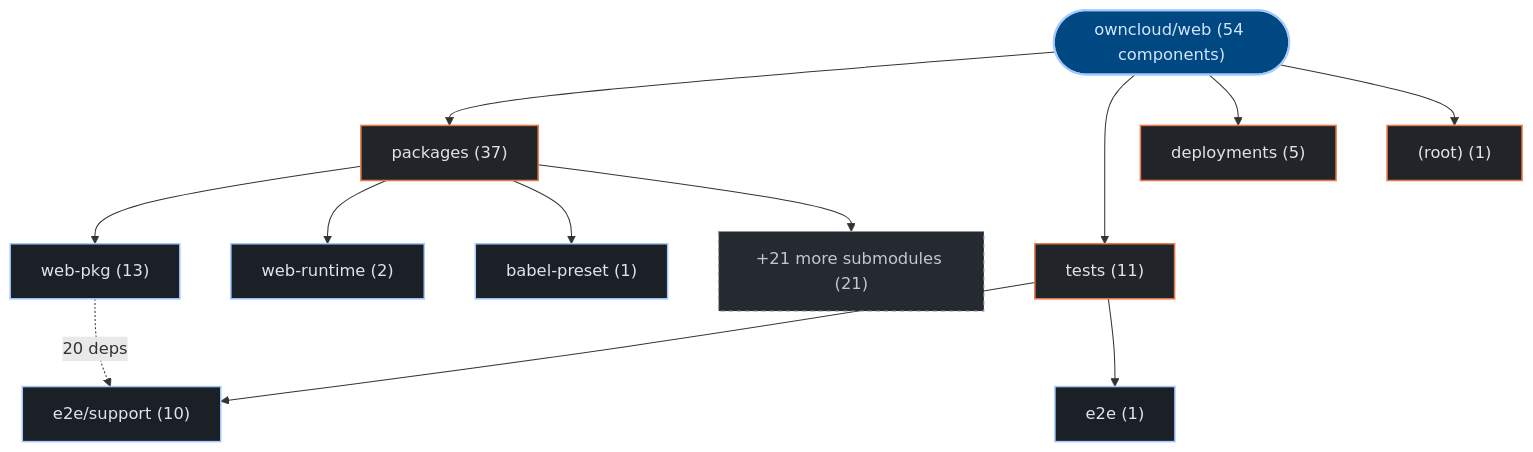
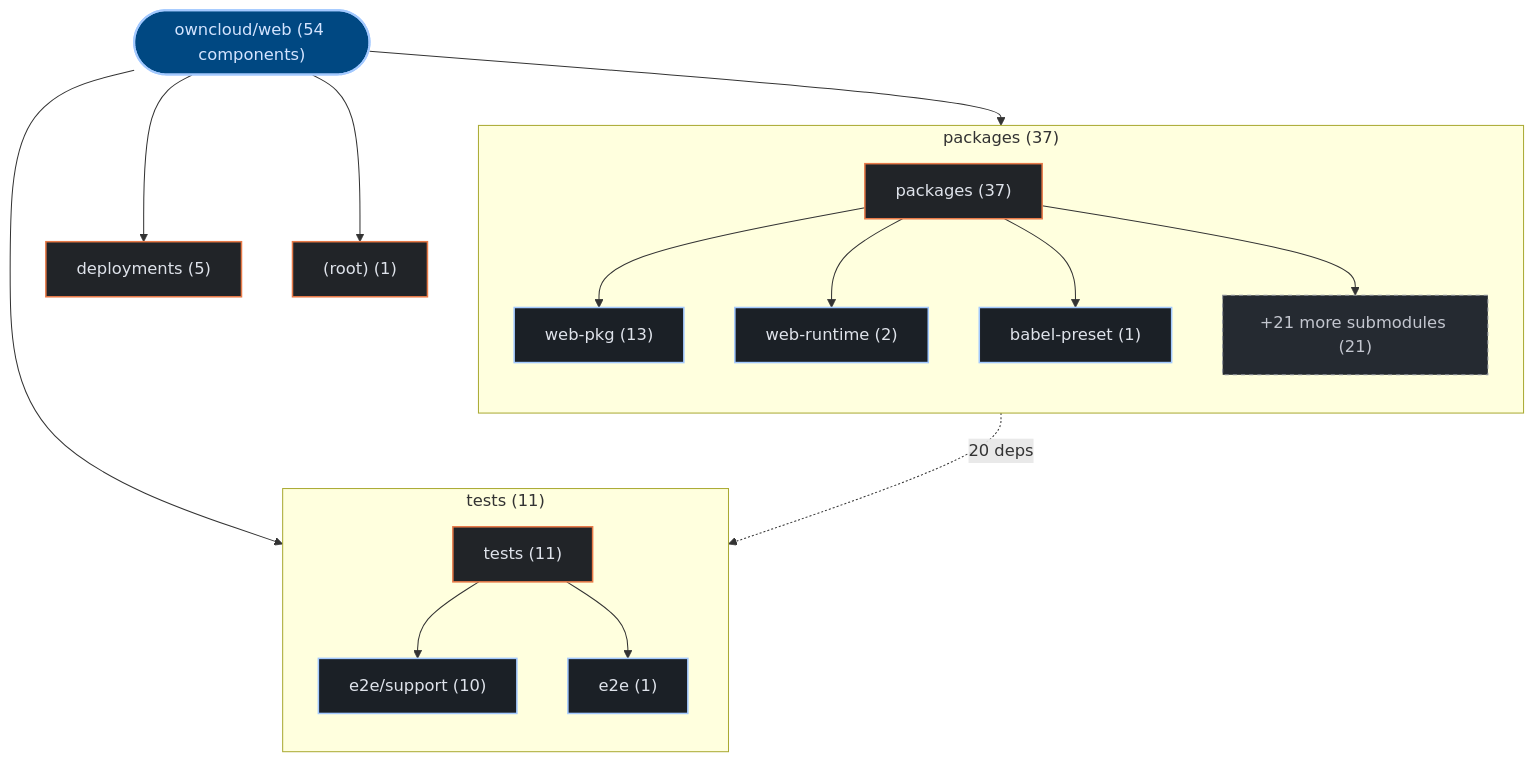
Before and after one commit to kumarshaz/atruss-code-atlas: the first of 3 diagrams in exports/latest/reports/owncloud-web-report.md, drawn with Mermaid. The commit also changed 178 other files, not shown here.

Commit message:
feat(ui,mermaid): upgrade to mermaid v12 + ELK layout, add orgs-summary + pagination, subgraph building blocks, fix tab alignment

````diff
--- a/exports/latest/reports/owncloud-web-report.md
+++ b/exports/latest/reports/owncloud-web-report.md
@@ -42,32 +42,38 @@
 ```mermaid
 graph TD;
   classDef atlasRoot fill:#004882,stroke:#a3c9ff,stroke-width:2px,color:#d3e4ff
   classDef atlasCategory fill:#212428,stroke:#E87A48,stroke-width:1.5px,color:#dfe3eb
   classDef atlasWorkflow fill:#1b2026,stroke:#a3c9ff,stroke-width:1.5px,color:#dfe3eb
   classDef atlasJob fill:#171c22,stroke:#8d9199,stroke-width:1px,color:#dfe3eb
   classDef atlasTarget fill:#005227,stroke:#8bd99b,stroke-width:1.5px,color:#a7f6b6
   classDef atlasAlert fill:#93000a,stroke:#ffb4ab,stroke-width:1.5px,color:#ffdad6
   classDef atlasMore fill:#252a31,stroke:#8d9199,stroke-dasharray:4 4,color:#c3c6cf
     repo_root(["owncloud/web (54 components)"]):::atlasRoot
-    dir_0_packages["packages (37)"]:::atlasCategory
+    subgraph sg_dir_0_packages["packages (37)"]
+      direction TB
+      dir_0_packages["packages (37)"]:::atlasCategory
+      sub_0_0_web_pkg["web-pkg (13)"]:::atlasWorkflow
+      dir_0_packages --> sub_0_0_web_pkg
+      sub_0_1_web_runtime["web-runtime (2)"]:::atlasWorkflow
+      dir_0_packages --> sub_0_1_web_runtime
+      sub_0_2_babel_preset["babel-preset (1)"]:::atlasWorkflow
+      dir_0_packages --> sub_0_2_babel_preset
+      sub_0_more["+21 more submodules (21)"]:::atlasMore
+      dir_0_packages --> sub_0_more
+    end
     repo_root --> dir_0_packages
-    sub_0_0_web_pkg["web-pkg (13)"]:::atlasWorkflow
-    dir_0_packages --> sub_0_0_web_pkg
-    sub_0_1_web_runtime["web-runtime (2)"]:::atlasWorkflow
-    dir_0_packages --> sub_0_1_web_runtime
-    sub_0_2_babel_preset["babel-preset (1)"]:::atlasWorkflow
-    dir_0_packages --> sub_0_2_babel_preset
-    sub_0_more["+21 more submodules (21)"]:::atlasMore
-    dir_0_packages --> sub_0_more
-    dir_1_tests["tests (11)"]:::atlasCategory
+    subgraph sg_dir_1_tests["tests (11)"]
+      direction TB
+      dir_1_tests["tests (11)"]:::atlasCategory
+      sub_1_0_e2e_support["e2e/support (10)"]:::atlasWorkflow
+      dir_1_tests --> sub_1_0_e2e_support
+      sub_1_1_e2e["e2e (1)"]:::atlasWorkflow
+      dir_1_tests --> sub_1_1_e2e
+    end
     repo_root --> dir_1_tests
-    sub_1_0_e2e_support["e2e/support (10)"]:::atlasWorkflow
-    dir_1_tests --> sub_1_0_e2e_support
-    sub_1_1_e2e["e2e (1)"]:::atlasWorkflow
-    dir_1_tests --> sub_1_1_e2e
     dir_2_deployments["deployments (5)"]:::atlasCategory
     repo_root --> dir_2_deployments
     dir_3__root_["(root) (1)"]:::atlasCategory
     repo_root --> dir_3__root_
     sub_0_0_web_pkg -.->|"20 deps"| sub_1_0_e2e_support
 ```
````
